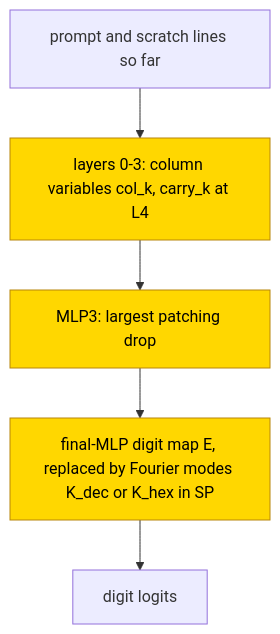
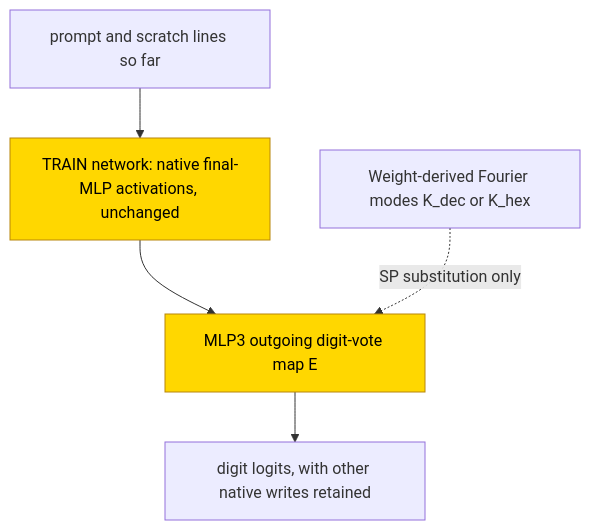
Before and after one commit to jc1122/mechanistic-interpretability-circuit-atlas: the second of 2 diagrams in entries/multiplication-base-order.md, drawn with Mermaid. The commit also changed other lines of this file and 54 other files, not shown here.

````diff
--- a/entries/multiplication-base-order.md
+++ b/entries/multiplication-base-order.md
@@ -161,9 +153,9 @@
 ```mermaid
 flowchart TD
-    X["prompt and scratch lines so far"] --> R["layers 0-3: column variables col_k, carry_k at L4"]
-    R --> M["MLP3: largest patching drop"]
-    M --> E["final-MLP digit map E, replaced by Fourier modes K_dec or K_hex in SP"]
-    E --> D["digit logits"]
+    X["prompt and scratch lines so far"] --> R["TRAIN network: native final-MLP activations, unchanged"]
+    R --> E["MLP3 outgoing digit-vote map E"]
+    F["Weight-derived Fourier modes K_dec or K_hex"] -.->|"SP substitution only"| E
+    E --> D["digit logits, with other native writes retained"]
     classDef trained fill:gold,stroke:darkgoldenrod,color:black
-    class R,M,E trained
+    class R,E trained
 ```
````
